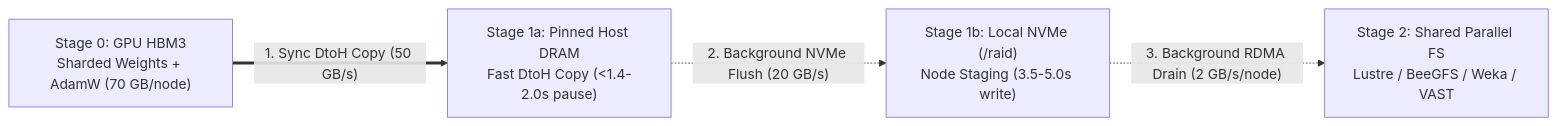
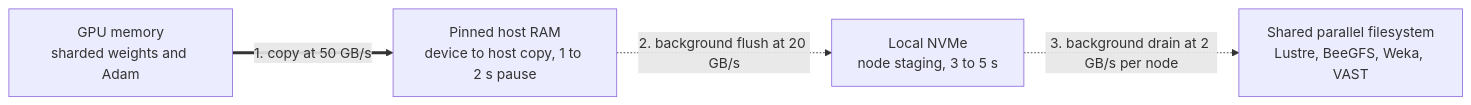
One commit to jithinpnjm/ai-infra-handbook changed the second of 3 diagrams in docs/part-13-ai-storage/07-checkpoint-architecture-and-recovery.md. Above: the diagram before and after it, drawn with Mermaid. The commit also changed other lines of this file and 8 other files, not shown here.

````diff
--- a/docs/part-13-ai-storage/07-checkpoint-architecture-and-recovery.md
+++ b/docs/part-13-ai-storage/07-checkpoint-architecture-and-recovery.md
@@ -251,11 +112,11 @@
 ```mermaid
 flowchart LR
-    HBM["Stage 0: GPU HBM3<br/>Sharded Weights + AdamW (70 GB/node)"]
-    RAM["Stage 1a: Pinned Host DRAM<br/>Fast DtoH Copy (<1.4-2.0s pause)"]
-    NVMe["Stage 1b: Local NVMe (/raid)<br/>Node Staging (3.5-5.0s write)"]
-    PFS["Stage 2: Shared Parallel FS<br/>Lustre / BeeGFS / Weka / VAST"]
+    HBM["GPU memory<br/>sharded weights and Adam"]
+    RAM["Pinned host RAM<br/>device to host copy, 1 to 2 s pause"]
+    NVMe["Local NVMe<br/>node staging, 3 to 5 s"]
+    PFS["Shared parallel filesystem<br/>Lustre, BeeGFS, Weka, VAST"]
 
-    HBM ==>|"1. Sync DtoH Copy (50 GB/s)"| RAM
-    RAM -.->|"2. Background NVMe Flush (20 GB/s)"| NVMe
-    NVMe -.->|"3. Background RDMA Drain (2 GB/s/node)"| PFS
+    HBM ==>|"1. copy at 50 GB/s"| RAM
+    RAM -.->|"2. background flush at 20 GB/s"| NVMe
+    NVMe -.->|"3. background drain at 2 GB/s per node"| PFS
 ```
````
